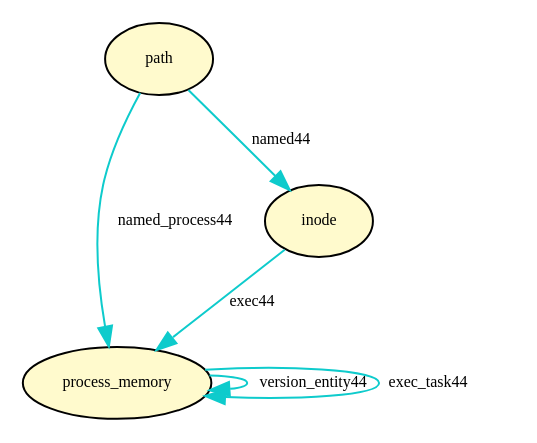
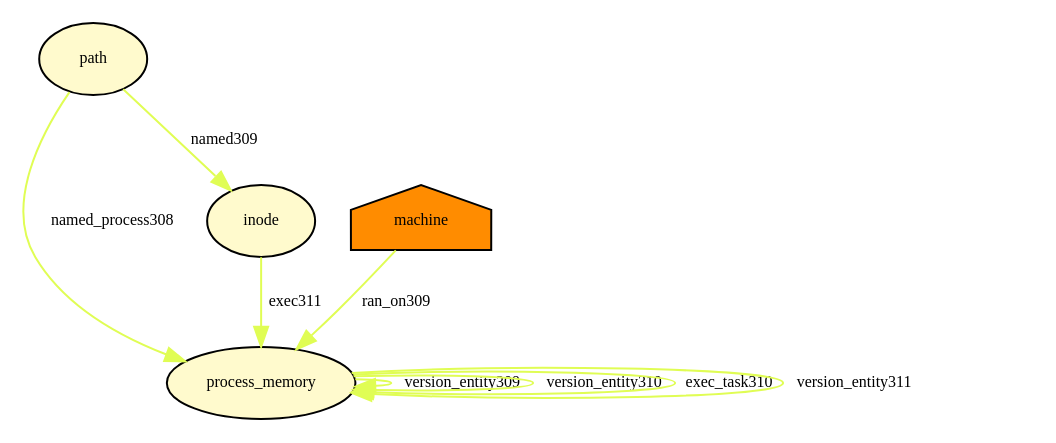
The diagram in tmp/provenance_bprm_committing_creds.dot (TinkerBellSystem/graph-matching), drawn with Graphviz before and after one commit. The commit also changed 76 other files, not shown here.

```diff
--- a/tmp/provenance_bprm_committing_creds.dot
+++ b/tmp/provenance_bprm_committing_creds.dot
@@ -1,17 +1,25 @@
 digraph RGL__DirectedAdjacencyGraph {path[fontsize = 8,label = "path",shape = ellipse, fillcolor="#fffacd", style = filled]
 
 process_memory[fontsize = 8,label = "process_memory",shape = ellipse, fillcolor="#fffacd", style = filled]
 
-path -> process_memory[fontsize = 8,label = "named_process44", color="#0ecbcc"]
+path -> process_memory[fontsize = 8,label = "named_process308", color="#e0fd54"]
+
+process_memory -> process_memory[fontsize = 8,label = "version_entity309", color="#e0fd54"]
+
+machine[fontsize = 8,label = "machine",shape = house, fillcolor="#ff8c00", style = filled]
+
+machine -> process_memory[fontsize = 8,label = "ran_on309", color="#e0fd54"]
 
 inode[fontsize = 8,label = "inode",shape = ellipse, fillcolor="#fffacd", style = filled]
 
-path -> inode[fontsize = 8,label = "named44", color="#0ecbcc"]
+path -> inode[fontsize = 8,label = "named309", color="#e0fd54"]
 
-process_memory -> process_memory[fontsize = 8,label = "version_entity44", color="#0ecbcc"]
+process_memory -> process_memory[fontsize = 8,label = "version_entity310", color="#e0fd54"]
 
-process_memory -> process_memory[fontsize = 8,label = "exec_task44", color="#0ecbcc"]
+process_memory -> process_memory[fontsize = 8,label = "exec_task310", color="#e0fd54"]
 
-inode -> process_memory[fontsize = 8,label = "exec44", color="#0ecbcc"]
+process_memory -> process_memory[fontsize = 8,label = "version_entity311", color="#e0fd54"]
+
+inode -> process_memory[fontsize = 8,label = "exec311", color="#e0fd54"]
 
 }
```
